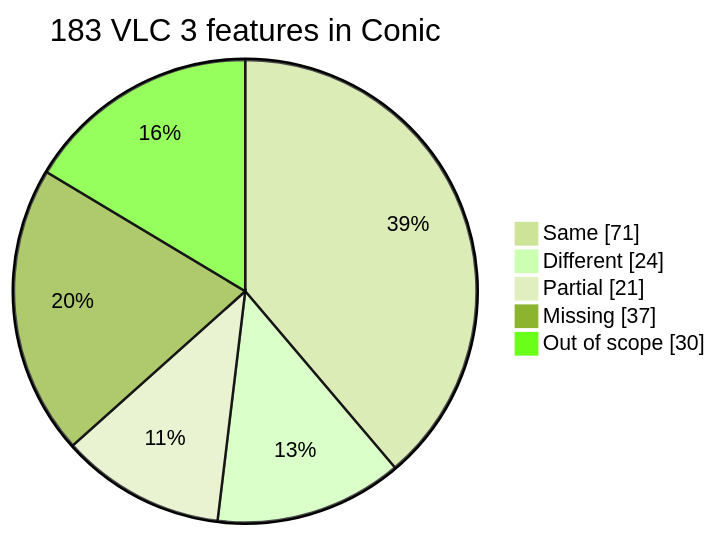
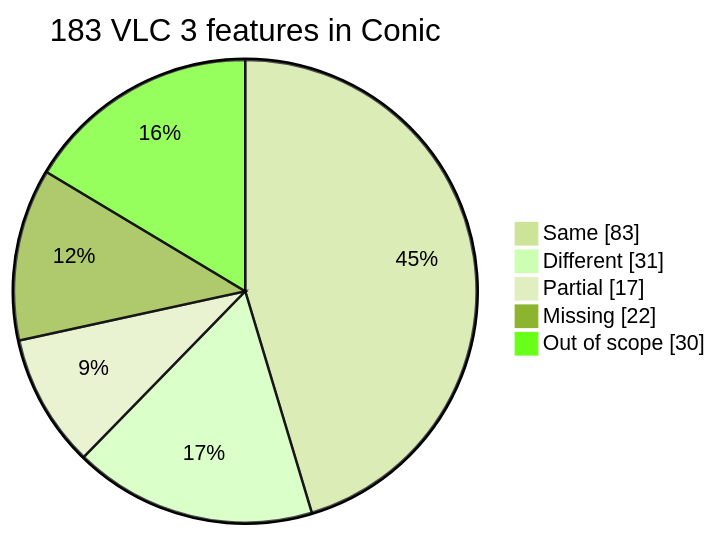
One commit to mfkl/conic changed the diagram in README.md. Above: the diagram before and after it, drawn with Mermaid (forest theme). The commit also changed other lines of this file and 2 other files, not shown here.

````diff
--- a/README.md
+++ b/README.md
@@ -41,9 +41,9 @@
 ```mermaid
 pie showData
     title 183 VLC 3 features in Conic
-    "Same" : 71
-    "Different" : 24
-    "Partial" : 21
-    "Missing" : 37
+    "Same" : 83
+    "Different" : 31
+    "Partial" : 17
+    "Missing" : 22
     "Out of scope" : 30
 ```
````
